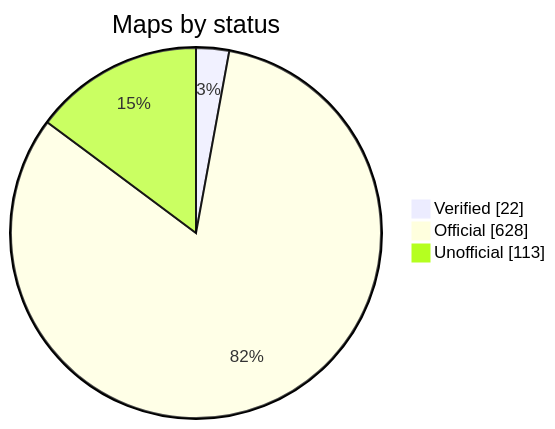
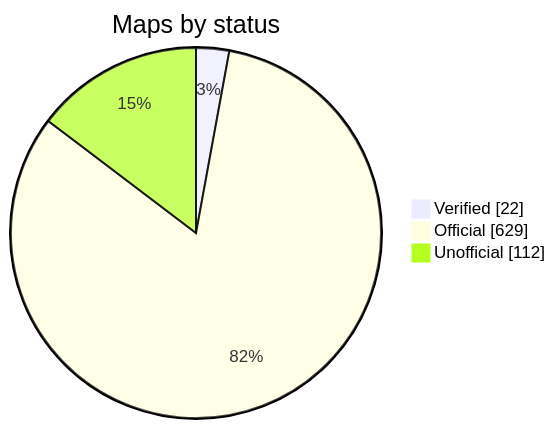
The diagram in README.md (nobrega8/mbmap-library), drawn with Mermaid before and after one commit. The commit also changed 6 other files, not shown here.

````diff
--- a/README.md
+++ b/README.md
@@ -52,7 +52,7 @@
 ```mermaid
 pie showData
     title Maps by status
     "Verified" : 22
-    "Official" : 628
-    "Unofficial" : 113
+    "Official" : 629
+    "Unofficial" : 112
 ```
````
